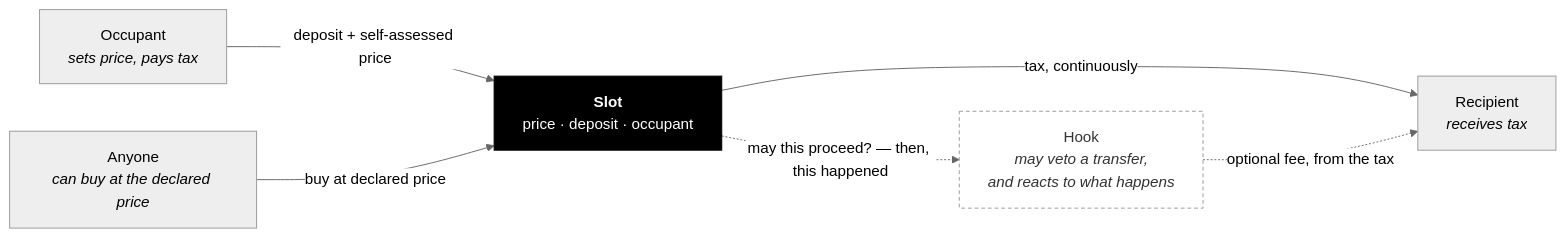
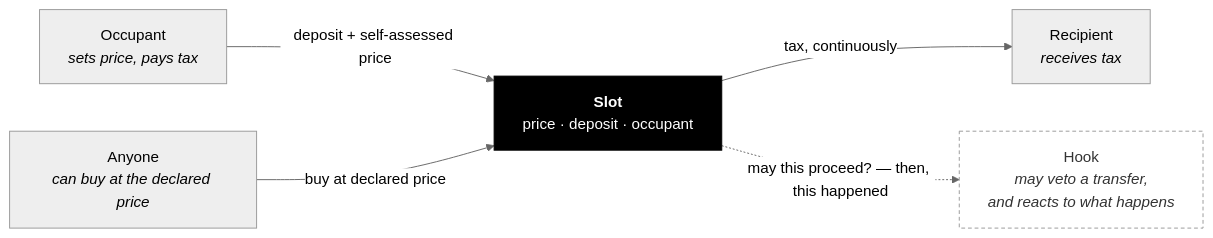
One commit to nezz0746/0xSlots changed the first of 2 diagrams in apps/docs/docs/pages/concepts/slots.mdx. Above: the diagram before and after it, drawn with Mermaid (neutral theme). The commit also changed other lines of this file and 8 other files, not shown here.

````diff
--- a/apps/docs/docs/pages/concepts/slots.mdx
+++ b/apps/docs/docs/pages/concepts/slots.mdx
@@ -18,19 +18,18 @@
 ```mermaid
 flowchart LR
     Occupant["Occupant<br/><i>sets price, pays tax</i>"]
     Slot["<b>Slot</b><br/>price · deposit · occupant"]
     Recipient["Recipient<br/><i>receives tax</i>"]
     Hook["Hook<br/><i>may veto a transfer,<br/>and reacts to what happens</i>"]
     Buyer["Anyone<br/><i>can buy at the declared price</i>"]
 
     Occupant -->|"deposit + self-assessed price"| Slot
     Buyer -->|"buy at declared price"| Slot
     Slot -->|"tax, continuously"| Recipient
     Slot -.->|"may this proceed? — then, this happened"| Hook
-    Hook -.->|"optional fee, from the tax"| Recipient
 
     classDef core fill:#000,stroke:#000,color:#fff
     classDef opt fill:#fff,stroke:#999,stroke-dasharray:4 3,color:#333
     class Slot core
     class Hook opt
 ```
````
